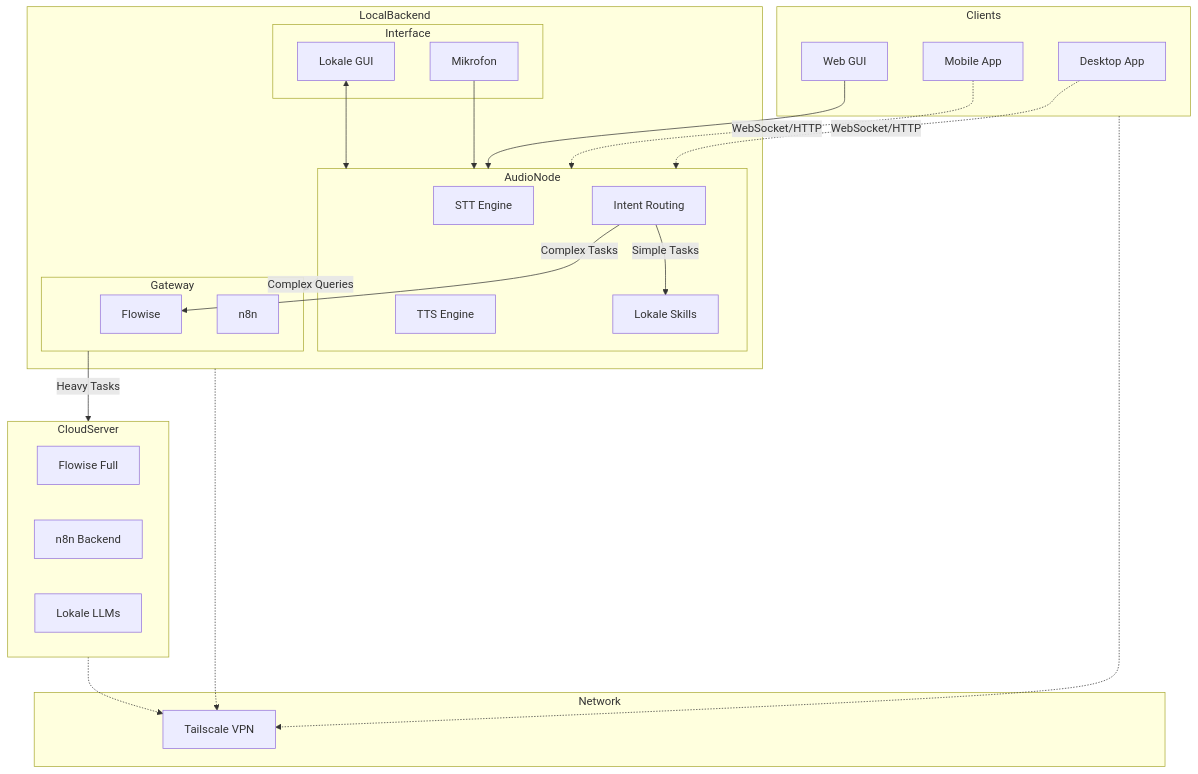
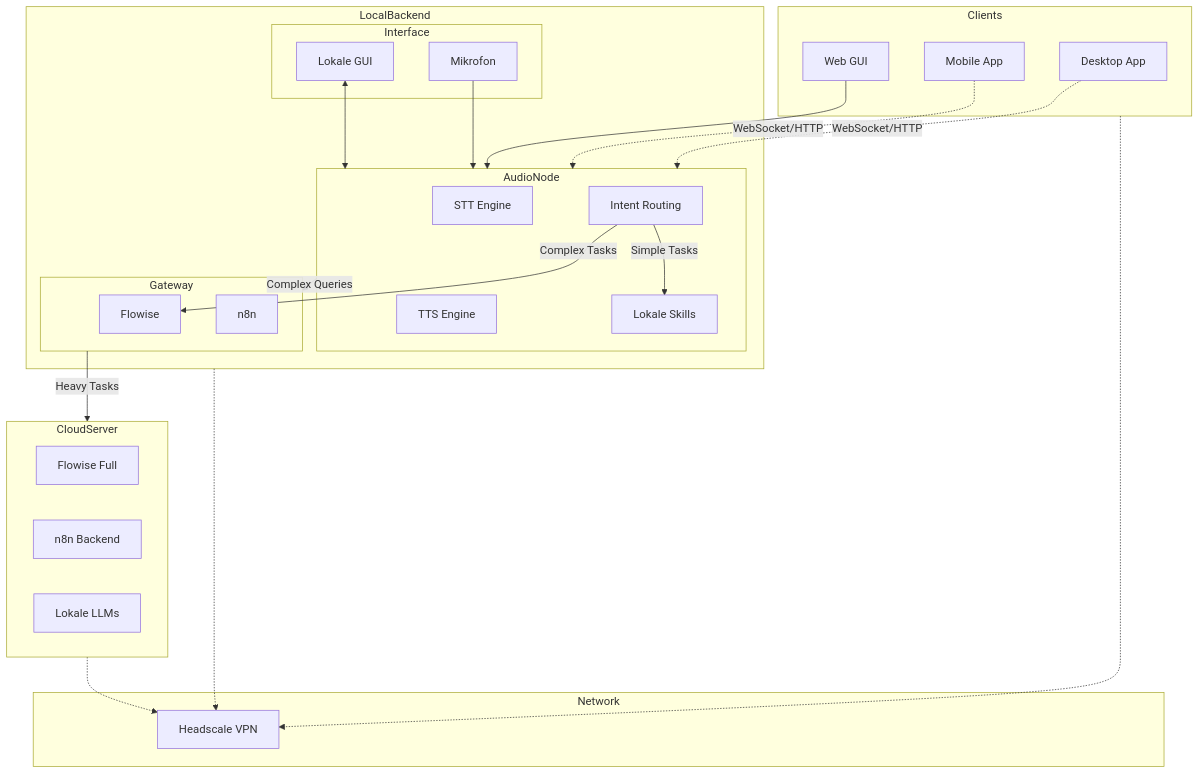
One commit to 161sam/Sprachassistent changed the diagram in README.md. Above: the diagram before and after it, drawn with Mermaid. The commit also changed other lines of this file and 10 other files, not shown here.

Commit message:
Replace Tailscale with Headscale

````diff
--- a/README.md
+++ b/README.md
@@ -22,56 +22,56 @@
 ```mermaid
 flowchart TB
   subgraph Clients
     Desktop[Desktop App]
     Mobile[Mobile App]
     WebGUI[Web GUI]
   end
 
   subgraph LocalBackend
     subgraph Interface
       Mic400[Mikrofon]
       GUI400[Lokale GUI]
     end
 
     subgraph AudioNode
       STT[STT Engine]
       TTS[TTS Engine]
       IntentRouting[Intent Routing]
       Skills[Lokale Skills]
     end
 
     subgraph Gateway
       Flowise[Flowise]
       n8n[n8n]
     end
   end
 
   subgraph CloudServer
     ServerFlowise[Flowise Full]
     ServerN8n[n8n Backend]
     ServerLLM[Lokale LLMs]
   end
 
   %% Connections
   Desktop -.->|WebSocket/HTTP| AudioNode
   Mobile -.->|WebSocket/HTTP| AudioNode
   WebGUI --> AudioNode
 
   Mic400 --> AudioNode
   GUI400 <--> AudioNode
 
   AudioNode -->|Complex Queries| Gateway
   Gateway -->|Heavy Tasks| CloudServer
 
   IntentRouting -->|Simple Tasks| Skills
   IntentRouting -->|Complex Tasks| Flowise
 
   %% Network
   subgraph Network
-    VPN[Tailscale VPN]
+    VPN[Headscale VPN]
   end
 
   Clients -.-> VPN
   LocalBackend -.-> VPN
   CloudServer -.-> VPN
 ```
````
